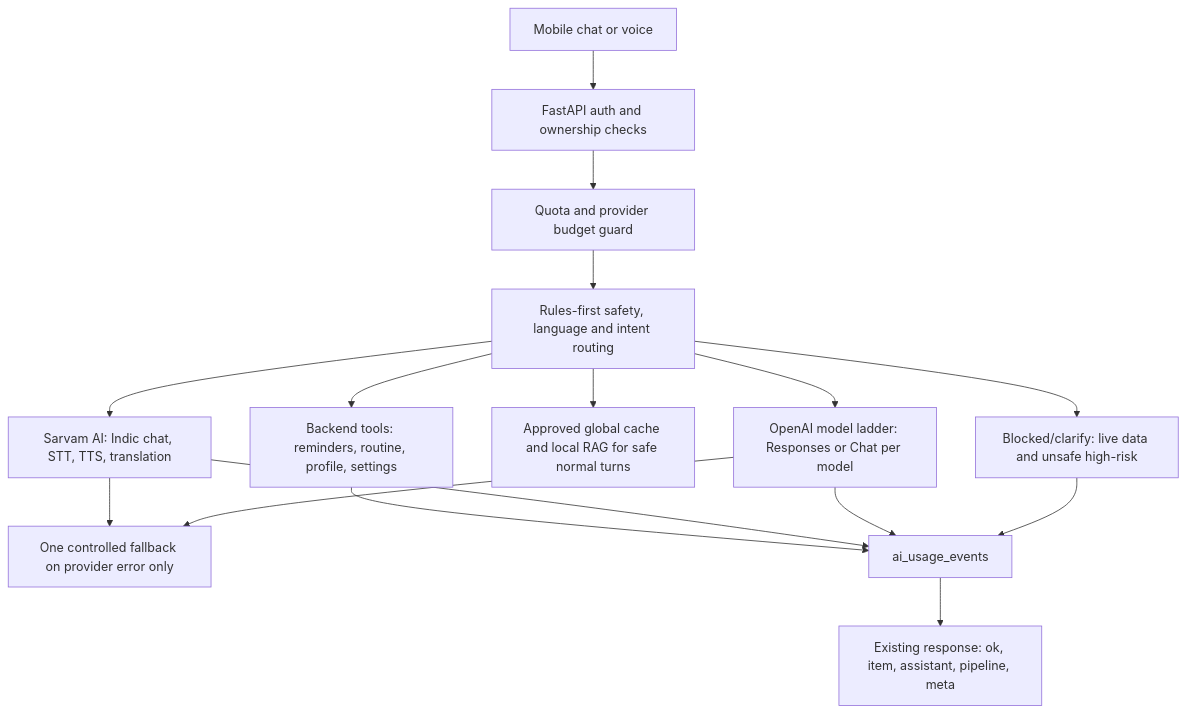
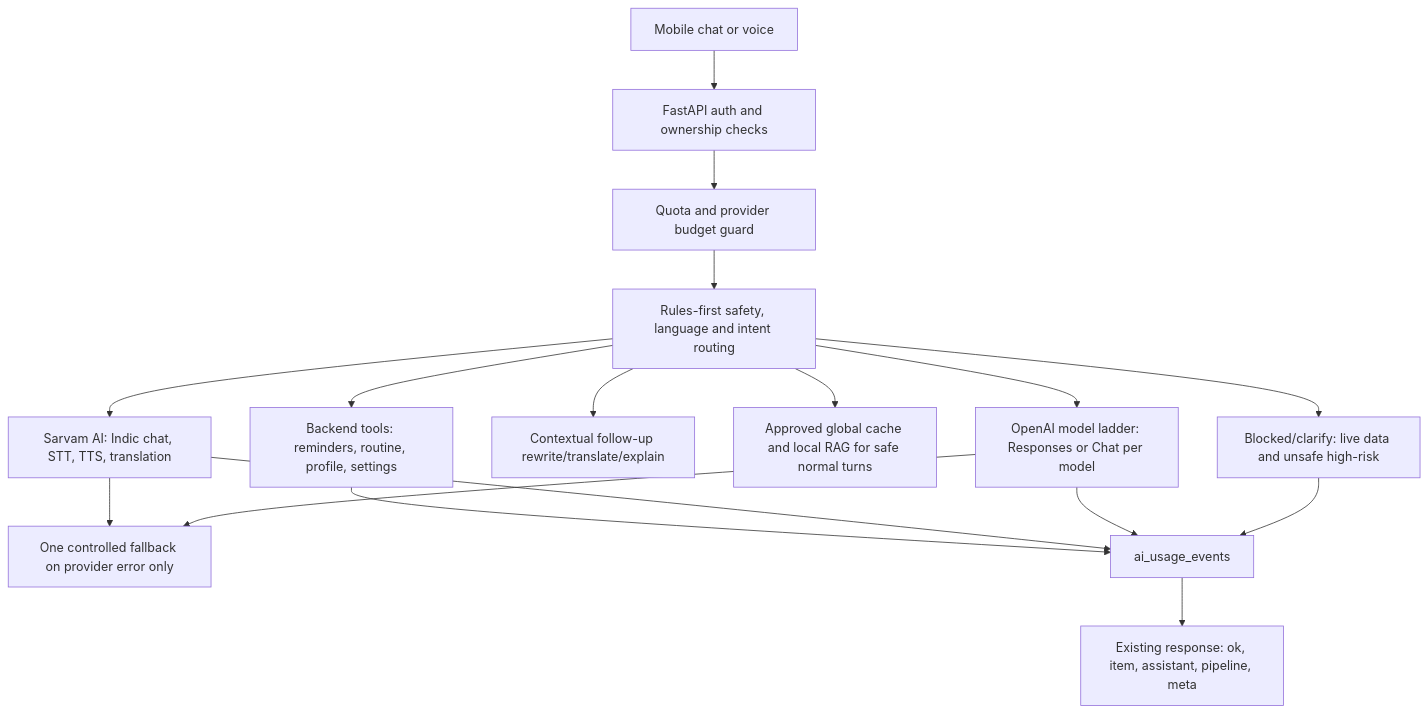
The diagram in backend/AI_ARCHITECTURE.md (swivelit/ai_tool), drawn with Mermaid before and after one commit. The commit also changed other lines of this file and 32 other files, not shown here.

````diff
--- a/backend/AI_ARCHITECTURE.md
+++ b/backend/AI_ARCHITECTURE.md
@@ -5,18 +5,19 @@
 ```mermaid
 flowchart TD
   Mobile[Mobile chat or voice] --> Auth[FastAPI auth and ownership checks]
   Auth --> Budget[Quota and provider budget guard]
   Budget --> Intent[Rules-first safety, language and intent routing]
   Intent --> Block[Blocked/clarify: live data and unsafe high-risk]
   Intent --> Tool[Backend tools: reminders, routine, profile, settings]
+  Intent --> Context[Contextual follow-up rewrite/translate/explain]
   Intent --> Cache[Approved global cache and local RAG for safe normal turns]
   Intent --> Sarvam[Sarvam AI: Indic chat, STT, TTS, translation]
   Intent --> OpenAILadder[OpenAI model ladder: Responses or Chat per model]
   Sarvam --> Fallback[One controlled fallback on provider error only]
   OpenAILadder --> Fallback
   Tool --> Usage[ai_usage_events]
   Sarvam --> Usage
   OpenAILadder --> Usage
   Block --> Usage
   Usage --> Contract[Existing response: ok, item, assistant, pipeline, meta]
 ```
````
